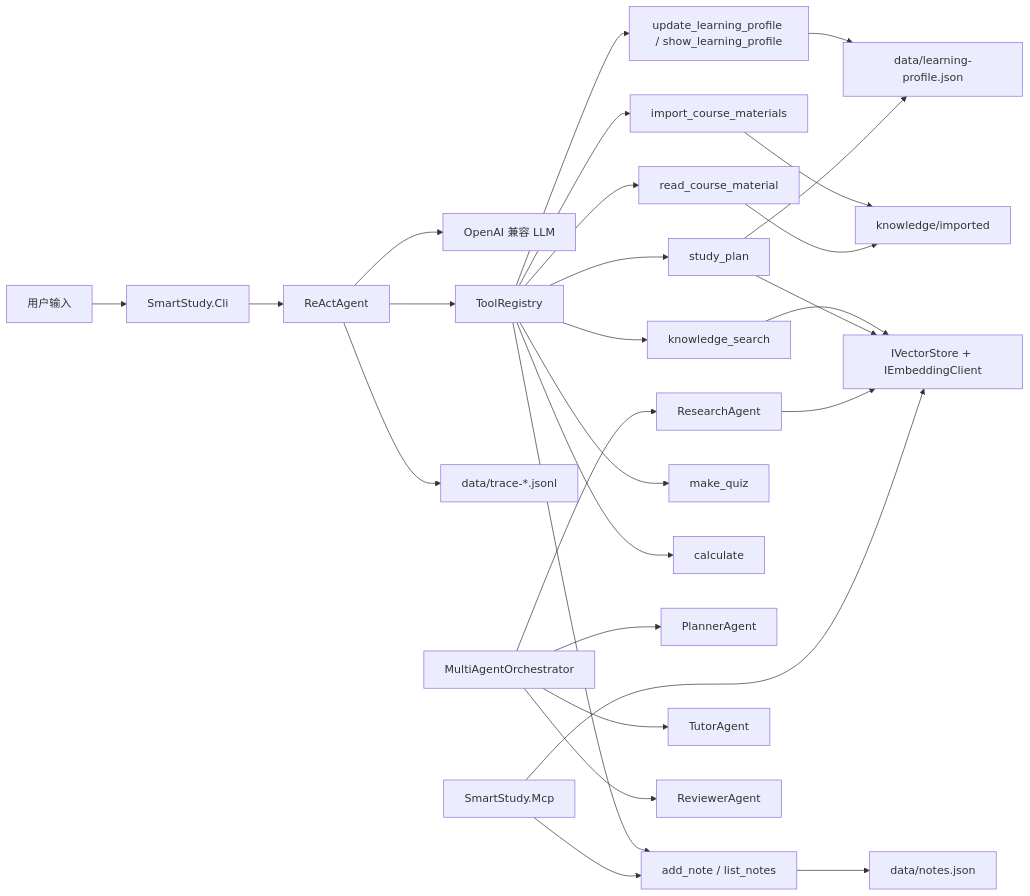
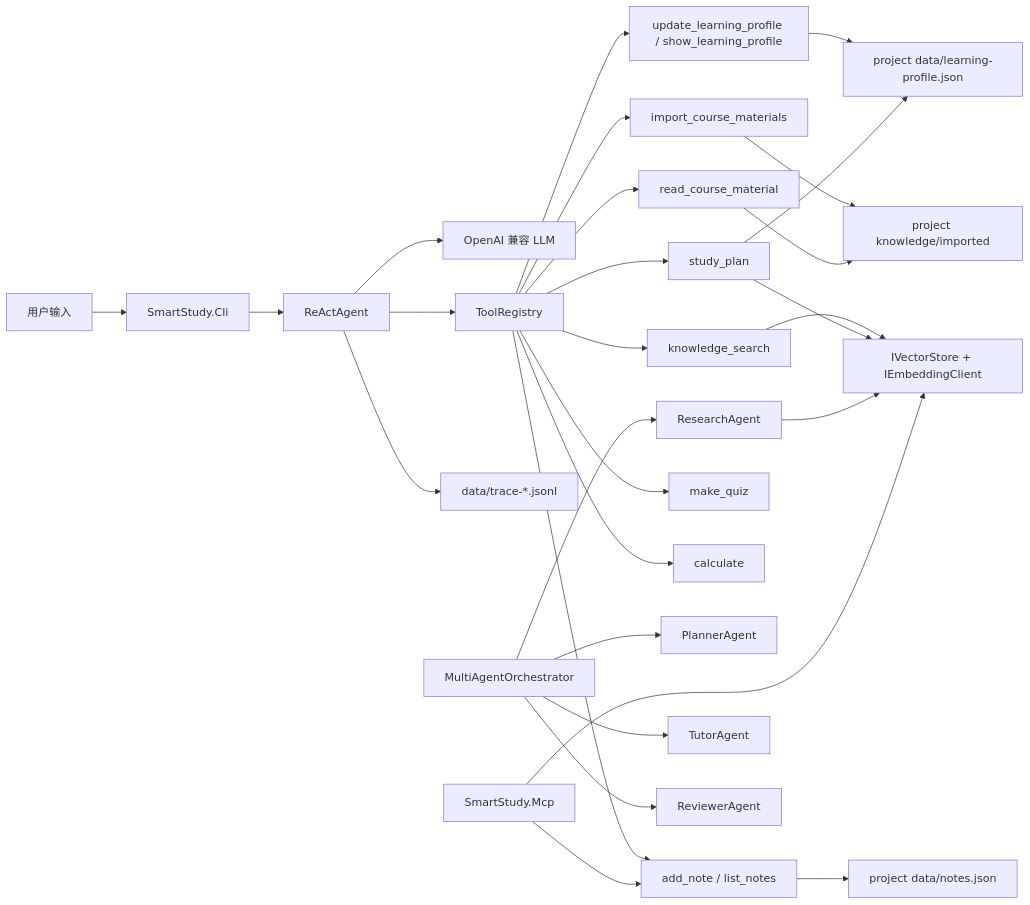
Before and after one commit to magicianaa/dotnet_final_work: the diagram in README.md, drawn with Mermaid. The commit also changed other lines of this file and 19 other files, not shown here.

````diff
--- a/README.md
+++ b/README.md
@@ -33,34 +33,34 @@
 ```mermaid
 flowchart LR
     U["用户输入"] --> CLI["SmartStudy.Cli"]
     CLI --> Agent["ReActAgent"]
     Agent --> LLM["OpenAI 兼容 LLM"]
     Agent --> Registry["ToolRegistry"]
 
     Registry --> KS["knowledge_search"]
     Registry --> Read["read_course_material"]
     Registry --> Import["import_course_materials"]
     Registry --> Notes["add_note / list_notes"]
     Registry --> Profile["update_learning_profile / show_learning_profile"]
     Registry --> Plan["study_plan"]
     Registry --> Quiz["make_quiz"]
     Registry --> Calc["calculate"]
 
     KS --> RAG["IVectorStore + IEmbeddingClient"]
-    Import --> Imported["knowledge/imported"]
+    Import --> Imported["project knowledge/imported"]
     Read --> Imported
-    Notes --> NoteFile["data/notes.json"]
-    Profile --> ProfileFile["data/learning-profile.json"]
+    Notes --> NoteFile["project data/notes.json"]
+    Profile --> ProfileFile["project data/learning-profile.json"]
     Plan --> ProfileFile
     Plan --> RAG
 Agent --> Trace["data/trace-*.jsonl"]
 
     Multi["MultiAgentOrchestrator"] --> Planner["PlannerAgent"]
     Multi --> Researcher["ResearchAgent"]
     Multi --> Tutor["TutorAgent"]
     Multi --> Reviewer["ReviewerAgent"]
     Researcher --> RAG
 
     MCP["SmartStudy.Mcp"] --> Notes
     MCP --> RAG
 ```
````
